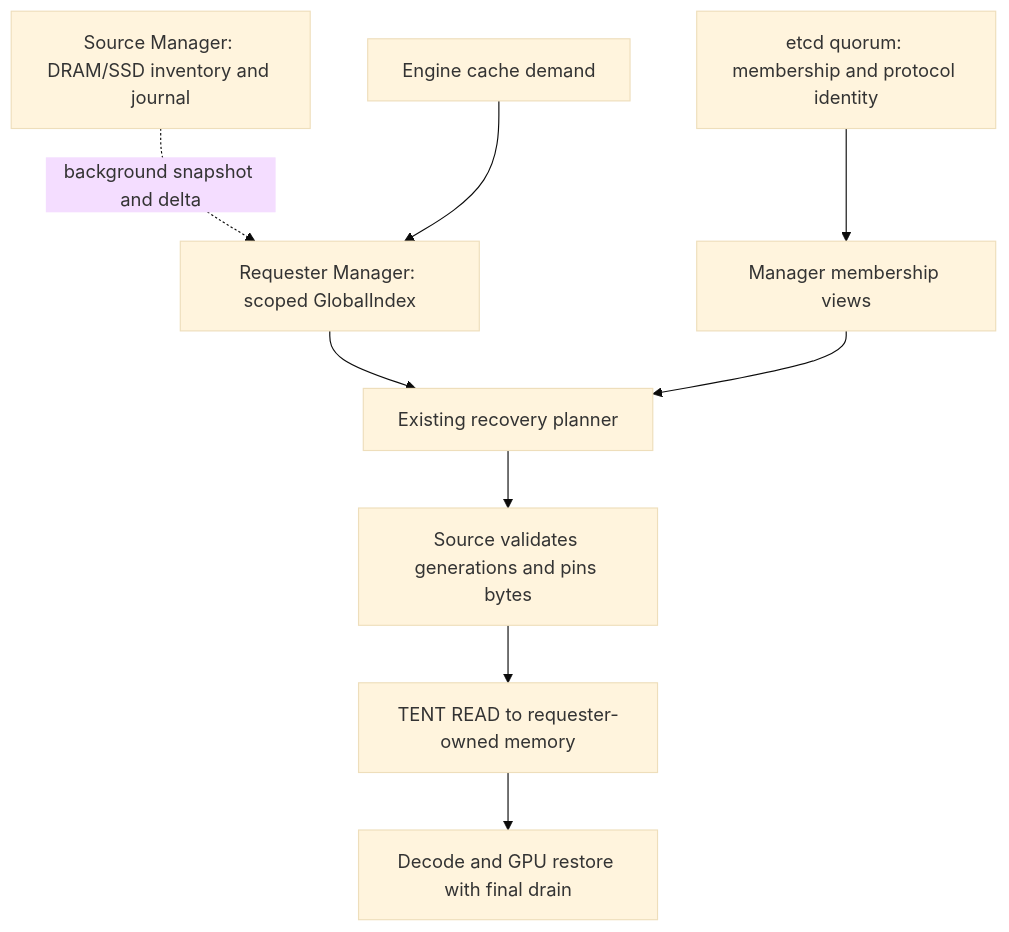
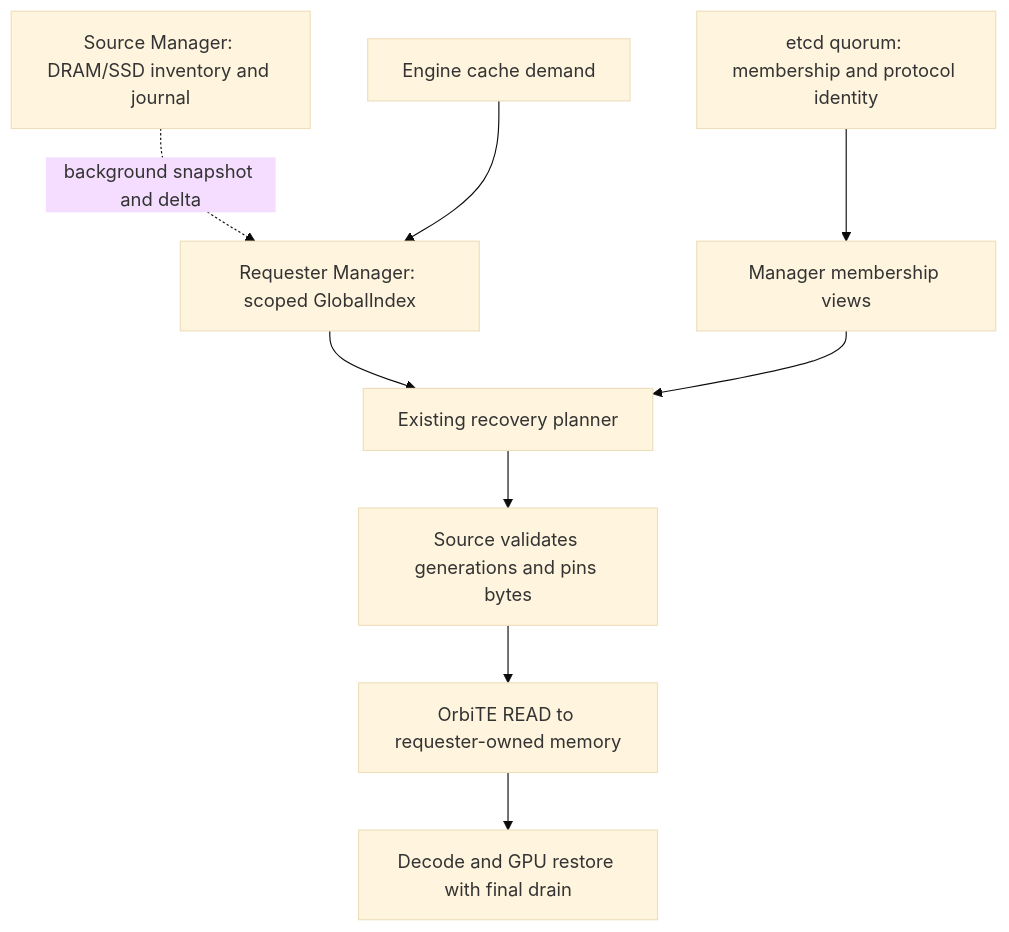
Before and after one commit to OrbitInfra/OrbitKV: the diagram in docs/distributed-design.md, drawn with Mermaid (base theme). The commit also changed other lines of this file and 224 other files, not shown here.

First line of the commit message:
refactor!: remove the TENT backend; OrbiTE is the only transfer engine (#326)

````diff
--- a/docs/distributed-design.md
+++ b/docs/distributed-design.md
@@ -84,15 +84,15 @@
 ```mermaid
 flowchart TB
     E["etcd quorum: membership and protocol identity"]
     M["Manager membership views"]
     E --> M
     S["Source Manager: DRAM/SSD inventory and journal"]
     I["Requester Manager: scoped GlobalIndex"]
     S -. "background snapshot and delta" .-> I
     Q["Engine cache demand"] --> I
     I --> P["Existing recovery planner"]
     M --> P
     P --> A["Source validates generations and pins bytes"]
-    A --> T["TENT READ to requester-owned memory"]
+    A --> T["OrbiTE READ to requester-owned memory"]
     T --> G["Decode and GPU restore with final drain"]
 ```
````
